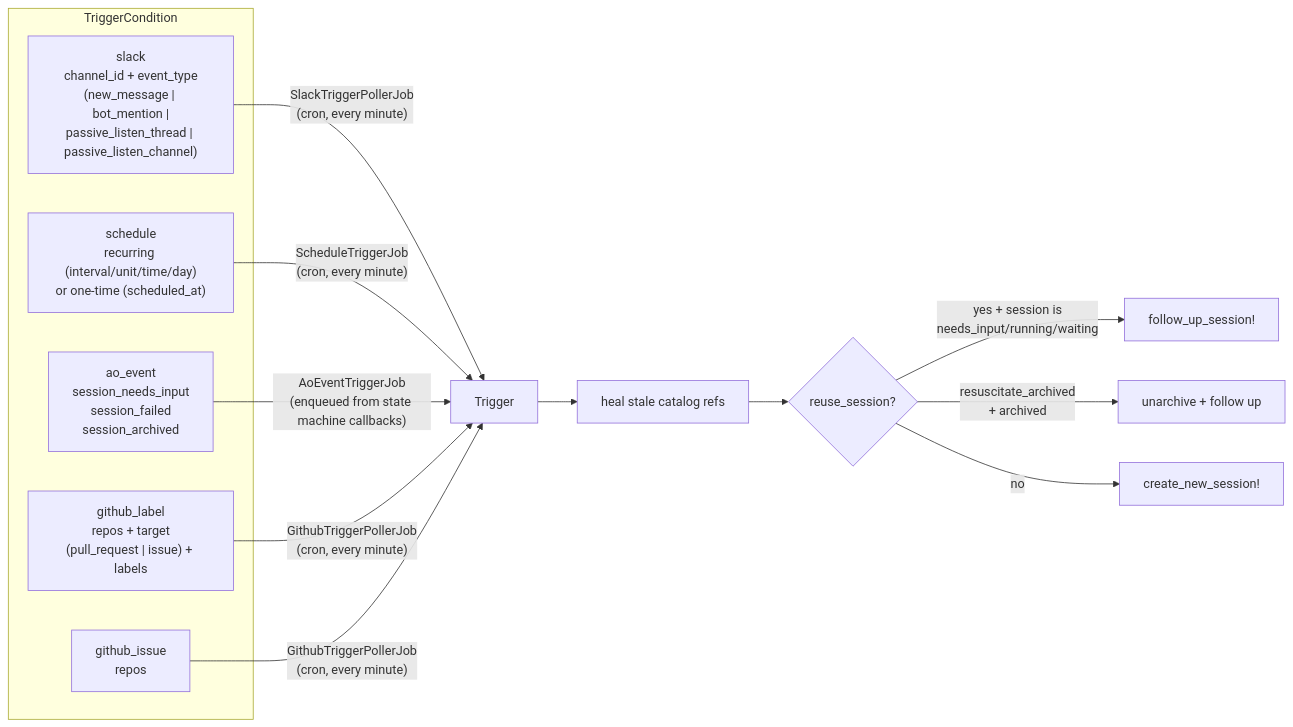
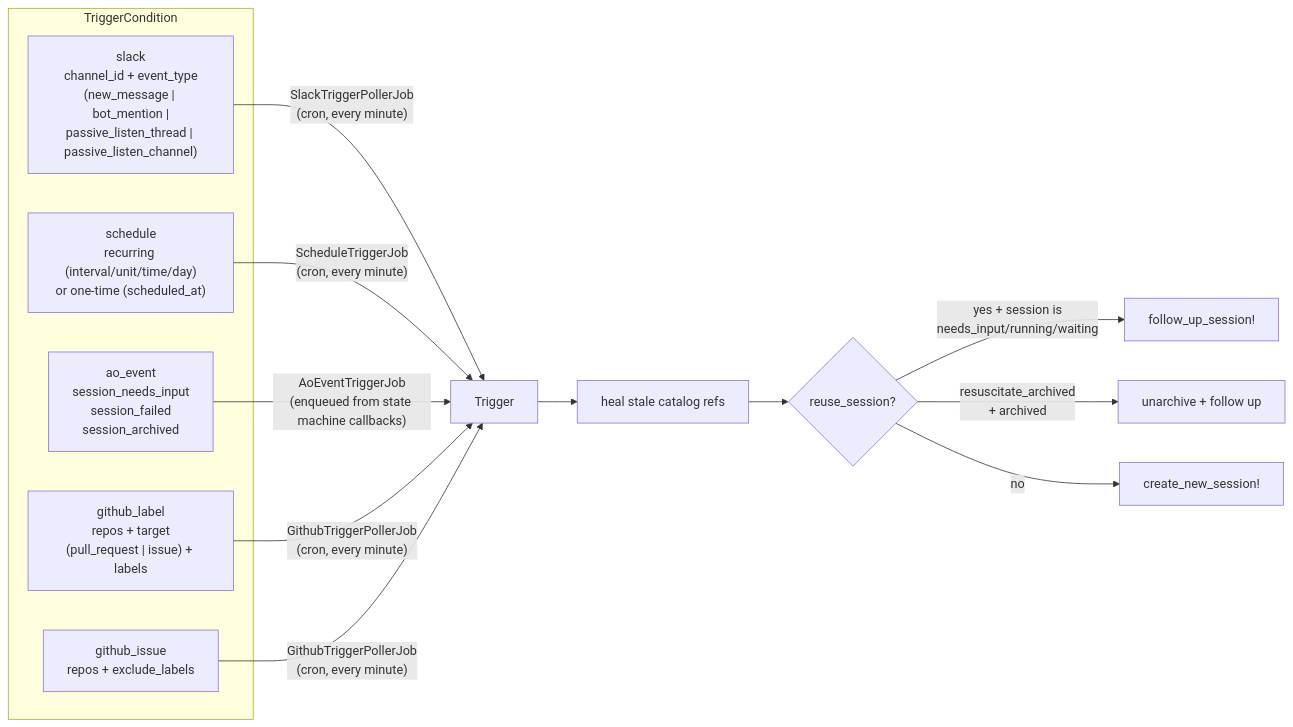
The first of 2 diagrams in docs/src/content/docs/sessions/triggers.md (tadasant/zimmer), drawn with Mermaid before and after one commit. The commit also changed other lines of this file and 14 other files, not shown here.

````diff
--- a/docs/src/content/docs/sessions/triggers.md
+++ b/docs/src/content/docs/sessions/triggers.md
@@ -15,22 +15,22 @@
 ```mermaid
 flowchart LR
     subgraph conditions["TriggerCondition"]
         SL["slack<br/>channel_id + event_type<br/>(new_message | bot_mention |<br/>passive_listen_thread | passive_listen_channel)"]
         SC["schedule<br/>recurring (interval/unit/time/day)<br/>or one-time (scheduled_at)"]
         AO["ao_event<br/>session_needs_input<br/>session_failed<br/>session_archived"]
         GL["github_label<br/>repos + target<br/>(pull_request | issue) + labels"]
-        GI["github_issue<br/>repos"]
+        GI["github_issue<br/>repos + exclude_labels"]
     end
 
     SL -->|"SlackTriggerPollerJob<br/>(cron, every minute)"| T["Trigger"]
     SC -->|"ScheduleTriggerJob<br/>(cron, every minute)"| T
     AO -->|"AoEventTriggerJob<br/>(enqueued from state machine callbacks)"| T
     GL -->|"GithubTriggerPollerJob<br/>(cron, every minute)"| T
     GI -->|"GithubTriggerPollerJob<br/>(cron, every minute)"| T
 
     T --> H["heal stale catalog refs"]
     H --> D{"reuse_session?"}
     D -->|"yes + session is<br/>needs_input/running/waiting"| FU["follow_up_session!"]
     D -->|"resuscitate_archived<br/>+ archived"| RS["unarchive + follow up"]
     D -->|no| NEW["create_new_session!"]
 ```
````
